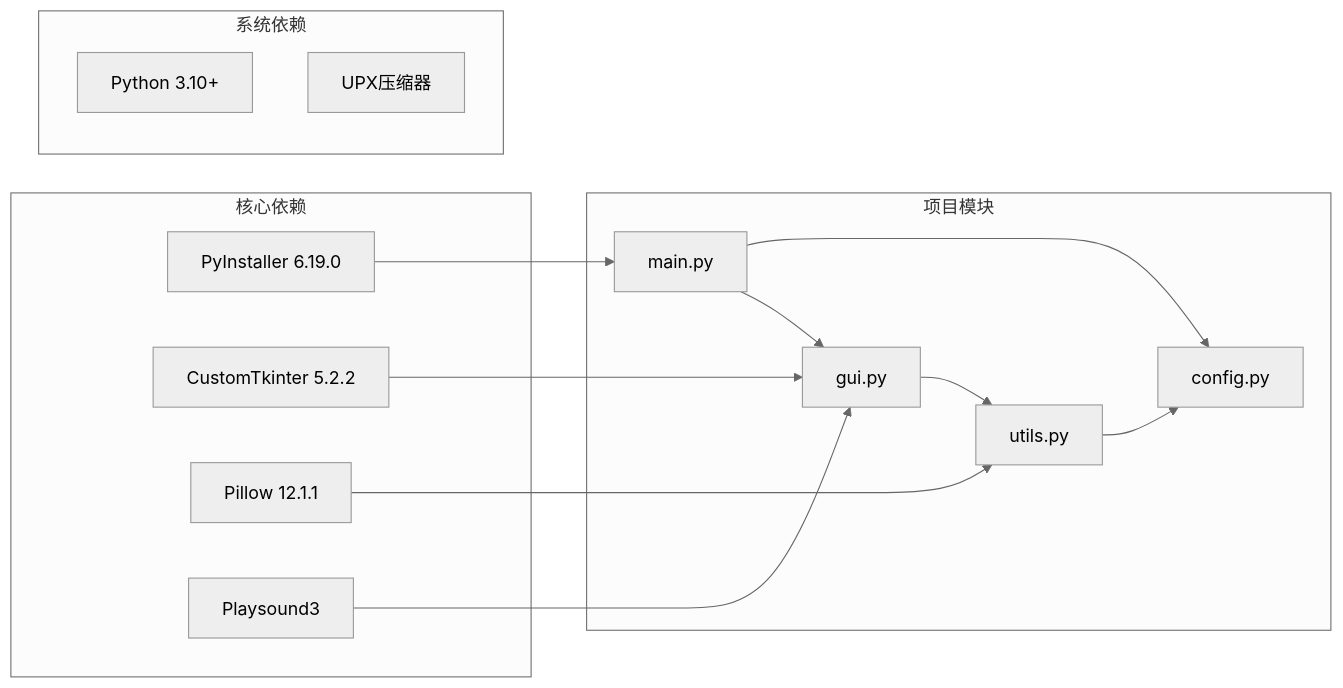
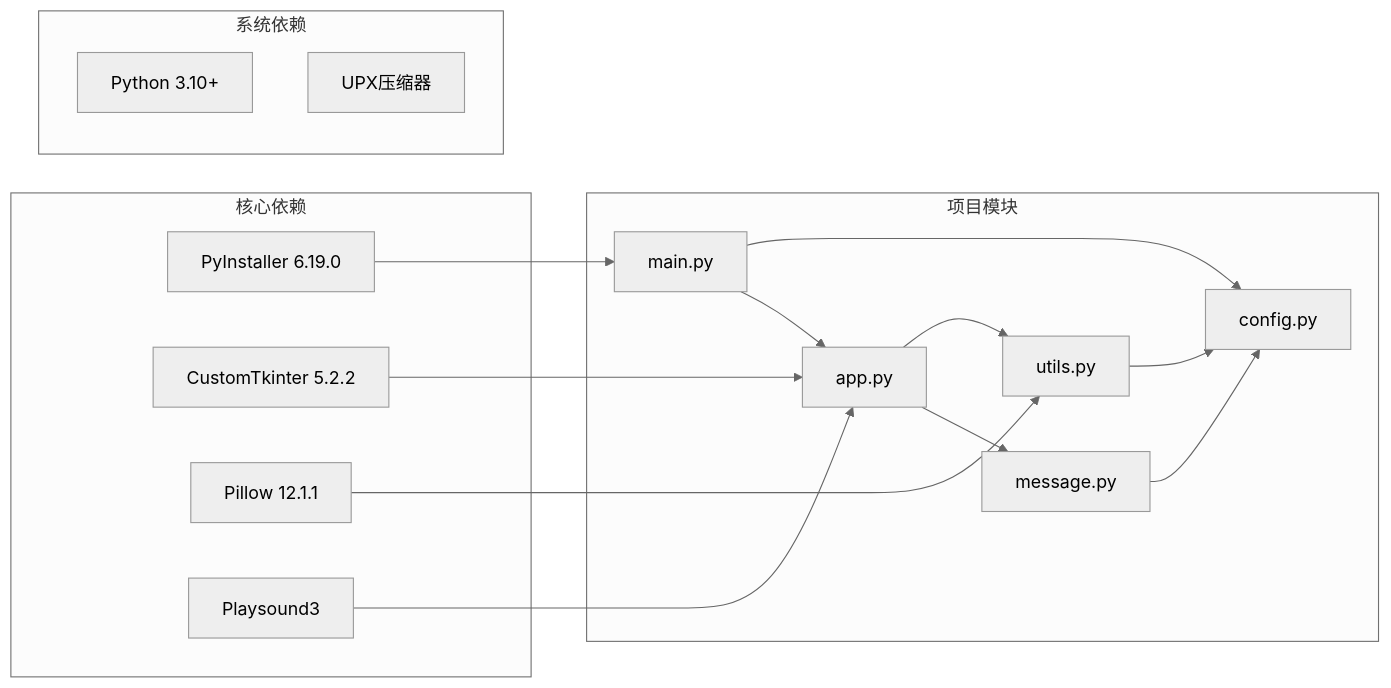
The eighth of 9 diagrams in .qoder/repowiki/zh/content/构建与部署.md (TuxLin123233/MC-Save-Importer), drawn with Mermaid (neutral theme) before and after one commit. The commit also changed other lines of this file and 4 other files, not shown here.

````diff
--- a/.qoder/repowiki/zh/content/构建与部署.md
+++ b/.qoder/repowiki/zh/content/构建与部署.md
@@ -275,27 +293,30 @@
 ```mermaid
 graph LR
 subgraph "核心依赖"
 PyInstaller[PyInstaller 6.19.0]
 CustomTkinter[CustomTkinter 5.2.2]
 Pillow[Pillow 12.1.1]
 Playsound3[Playsound3]
 end
 subgraph "系统依赖"
 Python[Python 3.10+]
 UPX[UPX压缩器]
 end
 subgraph "项目模块"
 Main[main.py]
 Config[config.py]
-GUI[gui.py]
+App[app.py]
 Utils[utils.py]
+Message[message.py]
 end
 PyInstaller --> Main
-CustomTkinter --> GUI
+CustomTkinter --> App
 Pillow --> Utils
-Playsound3 --> GUI
+Playsound3 --> App
 Main --> Config
-Main --> GUI
-GUI --> Utils
+Main --> App
+App --> Utils
+App --> Message
 Utils --> Config
+Message --> Config
 ```
````
